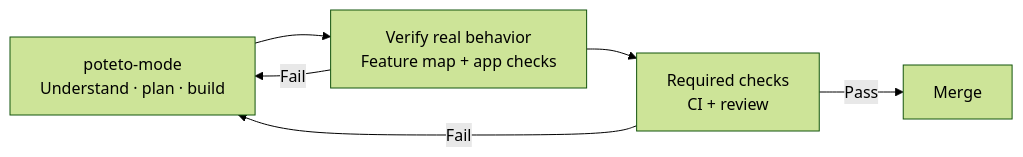
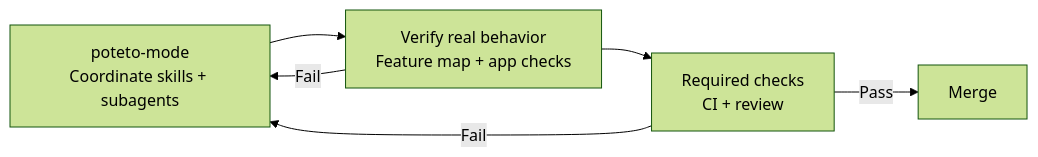
The diagram in README.md (arjitj2/open-pstack), drawn with Mermaid (forest theme) before and after one commit. The commit also changed other lines of this file, not shown here.

Commit message:
Explain Pstack skills and model-assigned roles

````diff
--- a/README.md
+++ b/README.md
@@ -7,8 +9,8 @@
 ```mermaid
 flowchart LR
-    work["poteto-mode<br/>Understand · plan · build"] --> verify["Verify real behavior<br/>Feature map + app checks"]
+    work["poteto-mode<br/>Coordinate skills + subagents"] --> verify["Verify real behavior<br/>Feature map + app checks"]
     verify --> gate["Required checks<br/>CI + review"]
     gate -->|Pass| merge["Merge"]
     verify -->|Fail| work
     gate -->|Fail| work
 ```
````
